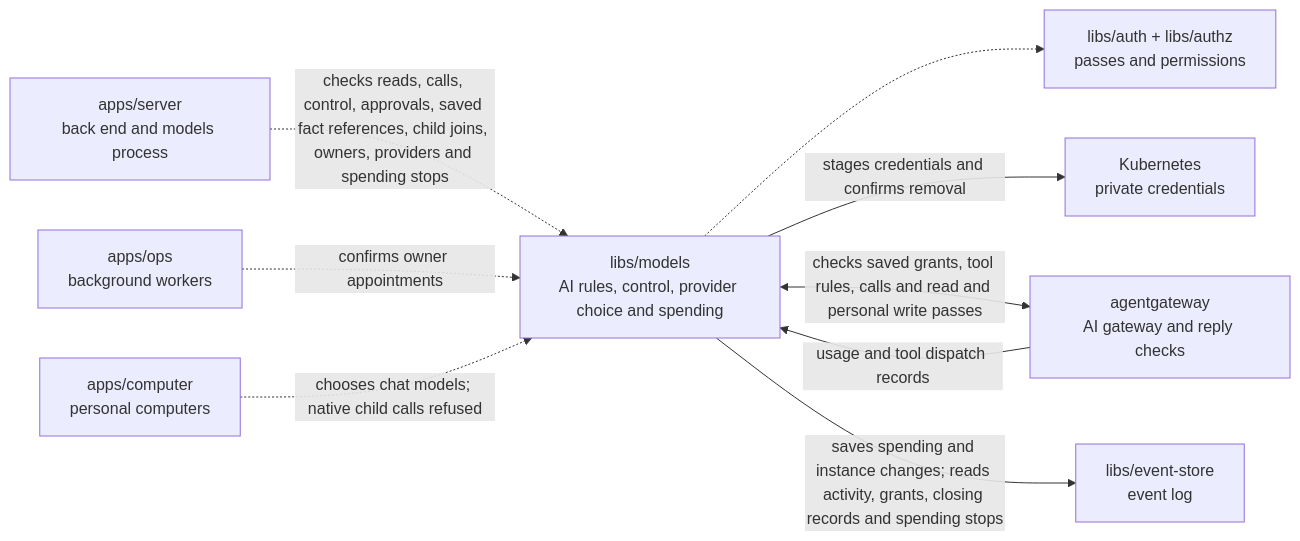
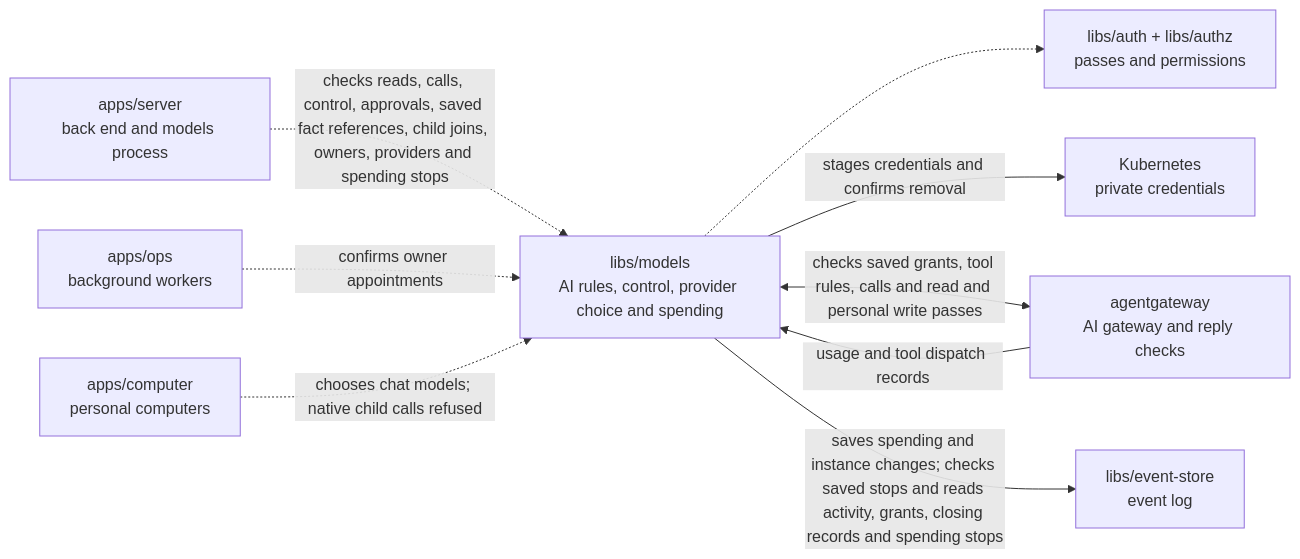
One commit to elewa-git/opencrane-new changed the diagram in libs/models/README.md. Above: the diagram before and after it, drawn with Mermaid. The commit also changed other lines of this file and 4 other files, not shown here.

Commit message:
🔒 Check saved instance stops before returning receipts

````diff
--- a/libs/models/README.md
+++ b/libs/models/README.md
@@ -14,11 +14,11 @@
 ```mermaid
 flowchart LR
   server["apps/server<br/>back end and models process"] -.->|checks reads, calls, control, approvals, saved fact references, child joins, owners, providers and spending stops| models["libs/models<br/>AI rules, control, provider choice and spending"]
   ops["apps/ops<br/>background workers"] -.->|confirms owner appointments| models
   computer["apps/computer<br/>personal computers"] -.->|chooses chat models; native child calls refused| models
   models -.-> auth["libs/auth + libs/authz<br/>passes and permissions"]
   models -->|stages credentials and confirms removal| custody["Kubernetes<br/>private credentials"]
   models <-->|checks saved grants, tool rules, calls and read and personal write passes| gateway["agentgateway<br/>AI gateway and reply checks"]
   gateway -->|usage and tool dispatch records| models
-  models -->|saves spending and instance changes; reads activity, grants, closing records and spending stops| store["libs/event-store<br/>event log"]
+  models -->|saves spending and instance changes; checks saved stops and reads activity, grants, closing records and spending stops| store["libs/event-store<br/>event log"]
 ```
````
